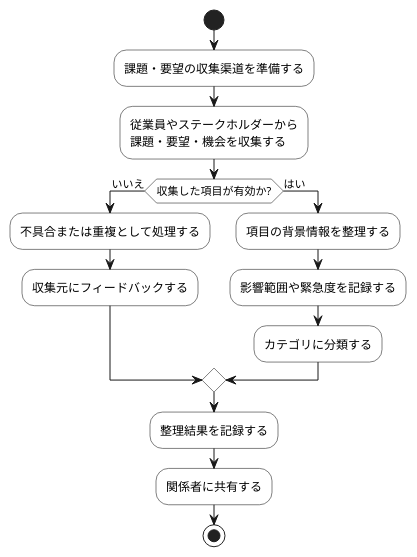
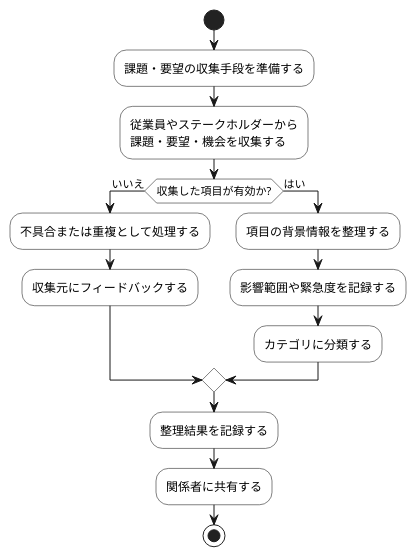
The diagram in docs/22 要件定義書/AG アジルーム/03 機能要件/AG-01 プロダクトディスカバリー/02.外部環境/04.業務フロー/BUC-DIS-01 課題・要望の収集・整理.md (mizo432/modulith-learning), drawn with PlantUML before and after one commit. The commit also changed other lines of this file and 1 other file, not shown here.

Commit message:
docs: 収集渠道を収集手段に修正 (#BUC-DIS-01)

````diff
--- a/docs/22 要件定義書/AG アジルーム/03 機能要件/AG-01 プロダクトディスカバリー/02.外部環境/04.業務フロー/BUC-DIS-01 課題・要望の収集・整理.md
+++ b/docs/22 要件定義書/AG アジルーム/03 機能要件/AG-01 プロダクトディスカバリー/02.外部環境/04.業務フロー/BUC-DIS-01 課題・要望の収集・整理.md
@@ -9,27 +9,27 @@
 ```plantuml
 @startuml
 skinparam activity {
   BackgroundColor White
   BorderColor Black
 }
 
 start
 
-:課題・要望の収集渠道を準備する;
+:課題・要望の収集手段を準備する;
 :従業員やステークホルダーから\n課題・要望・機会を収集する;
 
 if (収集した項目が有効か?) then (いいえ)
   :不具合または重複として処理する;
   :収集元にフィードバックする;
 else (はい)
   :項目の背景情報を整理する;
   :影響範囲や緊急度を記録する;
   :カテゴリに分類する;
   endif
 
 :整理結果を記録する;
 :関係者に共有する;
 
 stop
 @enduml
 ```
````
